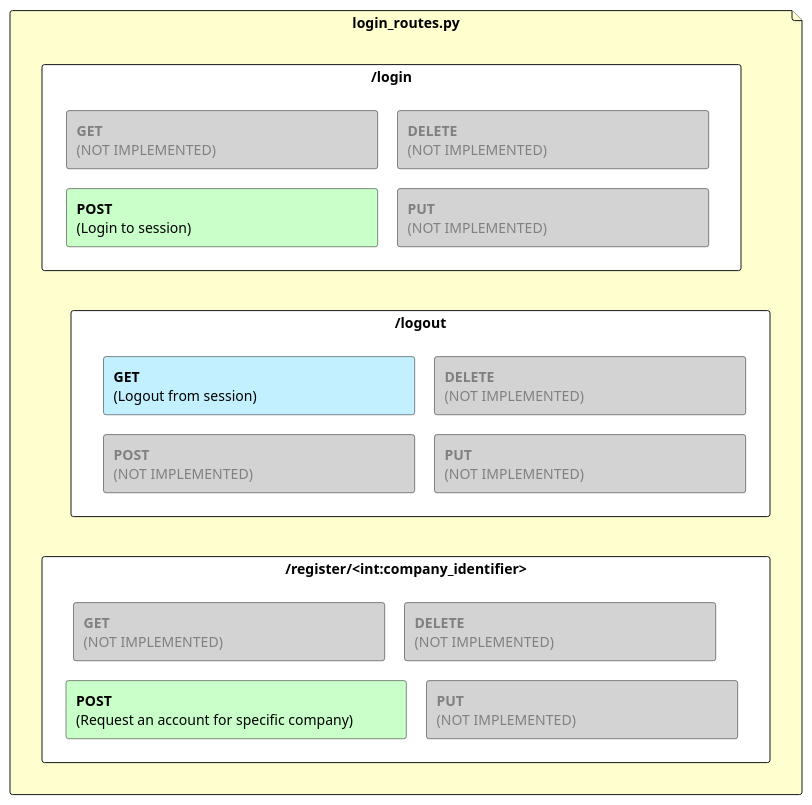
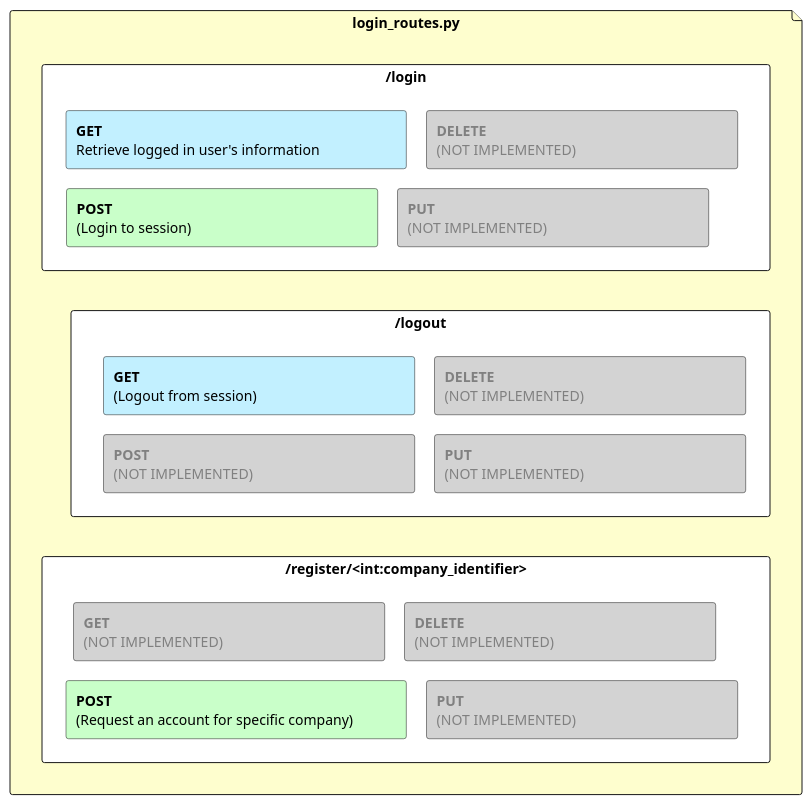
Before and after one commit to NielsPoldervaart/Project-C-Groep-4: the diagram in Diagrams (PlantUml)/flask_routes_layout_files/login_routes_layout_files.plantuml, drawn with PlantUML.

Commit message:
Updated login_routes diagram

```diff
--- a/Diagrams (PlantUml)/flask_routes_layout_files/login_routes_layout_files.plantuml
+++ b/Diagrams (PlantUml)/flask_routes_layout_files/login_routes_layout_files.plantuml
@@ -1,38 +1,38 @@
 @startuml
 
 skinparam minClassWidth 200
 skinparam nodesep 20
 skinparam ranksep 20
 skinparam linetype ortho
 
 file **login_routes.py** as file_login #FEFECE {
     rectangle **/login** as login #ffffff{
-    rectangle "<color:grey>**GET**\n<color:grey>(NOT IMPLEMENTED)\t\t\t\t\t\t" as a #lightgrey
+    rectangle "**GET**\nRetrieve logged in user's information\t\t\t" as a #Application
     rectangle "<color:grey>**DELETE**\n<color:grey>(NOT IMPLEMENTED)\t\t\t\t\t\t" as b #lightgrey
     rectangle "**POST**\n(Login to session)\t\t\t\t\t\t\t" as c #technology
     rectangle "<color:grey>**PUT**\n<color:grey>(NOT IMPLEMENTED)\t\t\t\t\t\t" as d #lightgrey
     }
 
     rectangle **/logout** as logout #ffffff{
     rectangle "**GET**\n(Logout from session)\t\t\t\t\t\t" as e #Application
     rectangle "<color:grey>**DELETE**\n<color:grey>(NOT IMPLEMENTED)\t\t\t\t\t\t" as f #lightgrey
     rectangle "<color:grey>**POST**\n<color:grey>(NOT IMPLEMENTED)\t\t\t\t\t\t" as g #lightgrey
     rectangle "<color:grey>**PUT**\n<color:grey>(NOT IMPLEMENTED)\t\t\t\t\t\\t" as h #lightgrey
     }
 
     rectangle **/register/<int:company_identifier>** as register #ffffff{
     rectangle "<color:grey>**GET**\n<color:grey>(NOT IMPLEMENTED)\t\t\t\t\t\t" as i #lightgrey
     rectangle "<color:grey>**DELETE**\n<color:grey>(NOT IMPLEMENTED)\t\t\t\t\t\t" as j #lightgrey
     rectangle "**POST**\n(Request an account for specific company)\t\t" as k #technology
     rectangle "<color:grey>**PUT**\n<color:grey>(NOT IMPLEMENTED)\t\t\t\t\t\t" as l #lightgrey
     }
 }
 
 'file_products -d--> all_products
 'file_products ---> specific_product
 login --[HIDDEN]d-> logout
 'login  ---> logout
 logout  --[HIDDEN]d-> register
 
 
 @enduml
```
